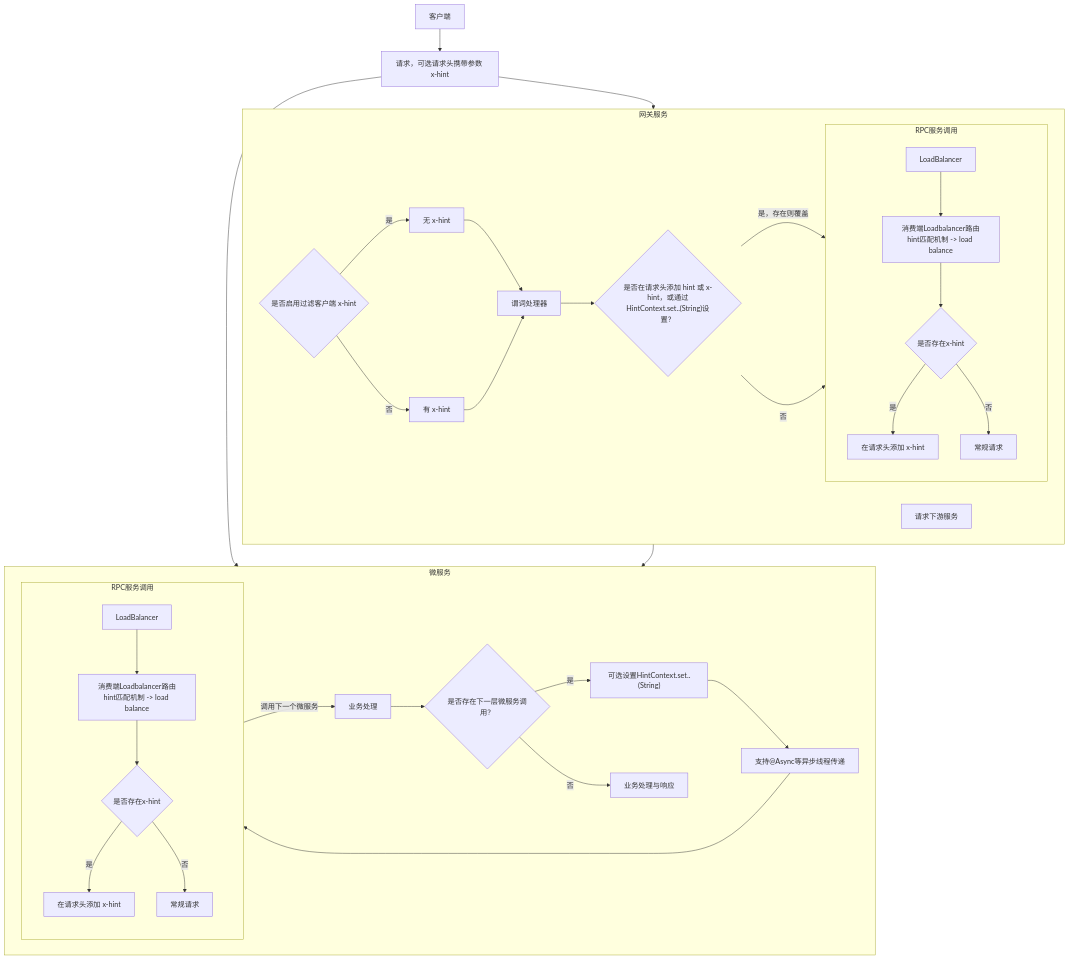
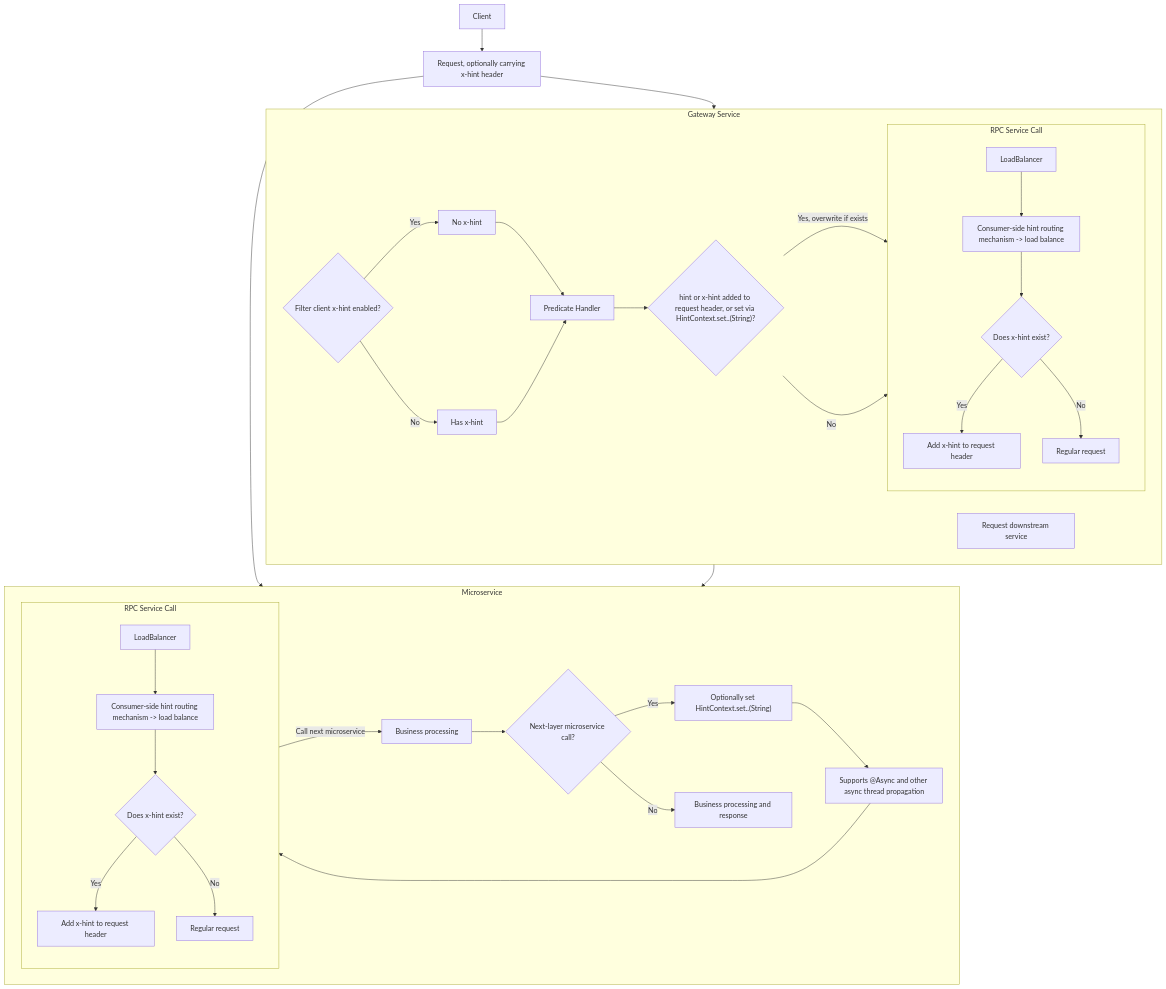
The fourth of 5 diagrams in spring-cloud-houtu/README.md (lujiafa/houtu-dependencies), drawn with Mermaid before and after one commit. The commit also changed other lines of this file and 4 other files, not shown here.

Commit message:
docs: add English spring-cloud-houtu README, reorganize CN version, and remove feign sub-README

````diff
--- a/spring-cloud-houtu/README.md
+++ b/spring-cloud-houtu/README.md
@@ -72,63 +74,63 @@
 ```mermaid
 flowchart TD
-CLIENT[客户端]
-REQUEST["请求，可选请求头携带参数 x-hint"]
-subgraph SpringCloudGateway [网关服务]
+CLIENT[Client]
+REQUEST["Request, optionally carrying x-hint header"]
+subgraph SpringCloudGateway [Gateway Service]
     H1
-    H2["无 x-hint"]
-    H3["有 x-hint"]
-    H4["谓词处理器"]
+    H2["No x-hint"]
+    H3["Has x-hint"]
+    H4["Predicate Handler"]
     H5
-    H6["请求下游服务"]
-    subgraph GatewayNextRequest["RPC服务调用"]
+    H6["Request downstream service"]
+    subgraph GatewayNextRequest["RPC Service Call"]
         E1["LoadBalancer"]
-        E2["消费端Loadbalancer路由hint匹配机制 -> load balance"]
+        E2["Consumer-side hint routing mechanism -> load balance"]
         E3
-        E4["在请求头添加 x-hint"]
-        E5["常规请求"]
+        E4["Add x-hint to request header"]
+        E5["Regular request"]
 
         E1 --> E2
         E2 --> E3
-        E3{"是否存在x-hint"} -->|是| E4
-        E3 -->|否| E5
+        E3{"Does x-hint exist?"} -->|Yes| E4
+        E3 -->|No| E5
     end
     
-    H1{"是否启用过滤客户端 x-hint"} -->|是| H2
-    H1 -->|否| H3
+    H1{"Filter client x-hint enabled?"} -->|Yes| H2
+    H1 -->|No| H3
     H2 --> H4
     H3 --> H4
     H4 --> H5
-    H5{"是否在请求头添加 hint 或 x-hint，或通过HintContext.set..(String)设置？"} -->|是，存在则覆盖| GatewayNextRequest
-    H5 -->|否| GatewayNextRequest
+    H5{"hint or x-hint added to request header, or set via HintContext.set..(String)?"} -->|Yes, overwrite if exists| GatewayNextRequest
+    H5 -->|No| GatewayNextRequest
 end
 
-subgraph MicroService [微服务]
-    M1["业务处理"]
+subgraph MicroService [Microservice]
+    M1["Business processing"]
     M2
-    M3["业务处理与响应"]
-    M4["可选设置HintContext.set..(String)"]
-    M5["支持@Async等异步线程传递"]
-    subgraph NextRequest["RPC服务调用"]
+    M3["Business processing and response"]
+    M4["Optionally set HintContext.set..(String)"]
+    M5["Supports @Async and other async thread propagation"]
+    subgraph NextRequest["RPC Service Call"]
         F1["LoadBalancer"]
-        F2["消费端Loadbalancer路由hint匹配机制 -> load balance"]
+        F2["Consumer-side hint routing mechanism -> load balance"]
         F3
-        F4["在请求头添加 x-hint"]
-        F5["常规请求"]
+        F4["Add x-hint to request header"]
+        F5["Regular request"]
         F1 --> F2
         F2 --> F3
-        F3{"是否存在x-hint"} -->|是| F4
-        F3 -->|否| F5
+        F3{"Does x-hint exist?"} -->|Yes| F4
+        F3 -->|No| F5
     end
     M1 --> M2
-    M2{"是否存在下一层微服务调用？"} -->|是| M4
-    M2 -->|否| M3
+    M2{"Next-layer microservice call?"} -->|Yes| M4
+    M2 -->|No| M3
     M4 --> M5
     M5 --> NextRequest
-    NextRequest -->|调用下一个微服务| M1
+    NextRequest -->|Call next microservice| M1
 end
 
 CLIENT --> REQUEST
 REQUEST --> MicroService
 REQUEST --> SpringCloudGateway
 SpringCloudGateway --> MicroService
 ```
````
